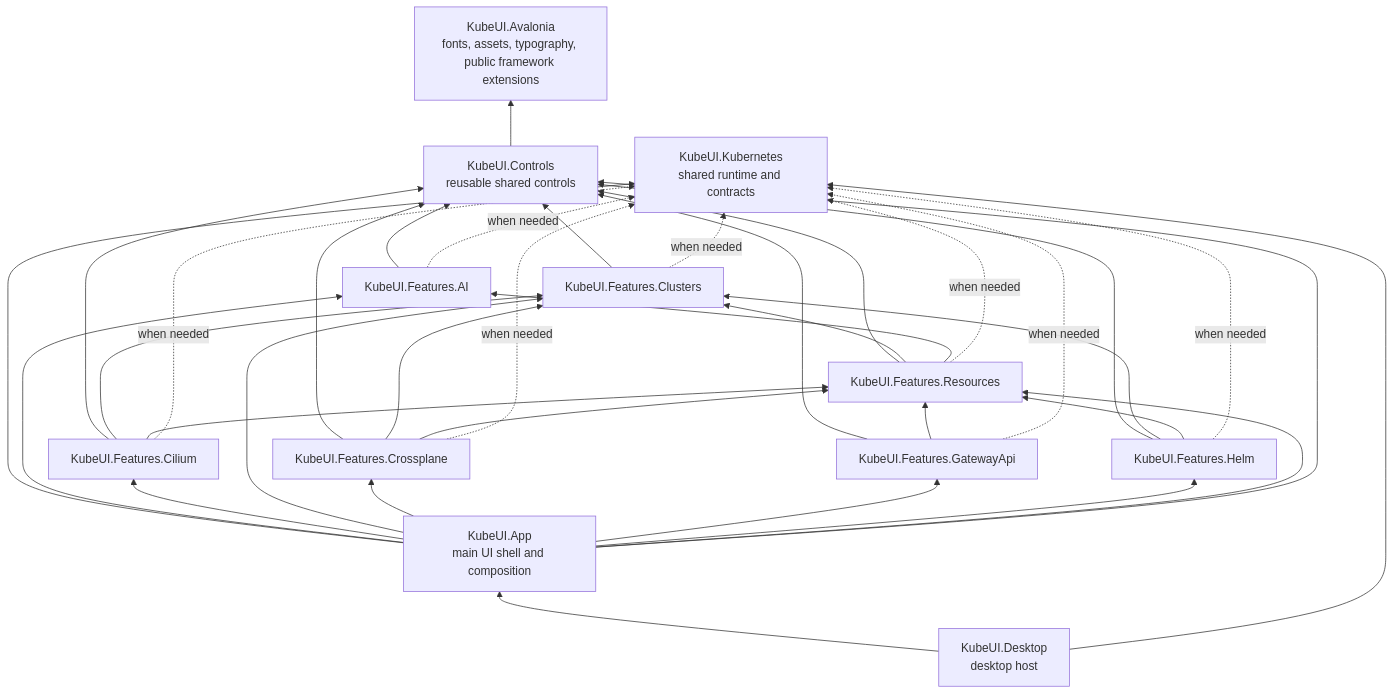
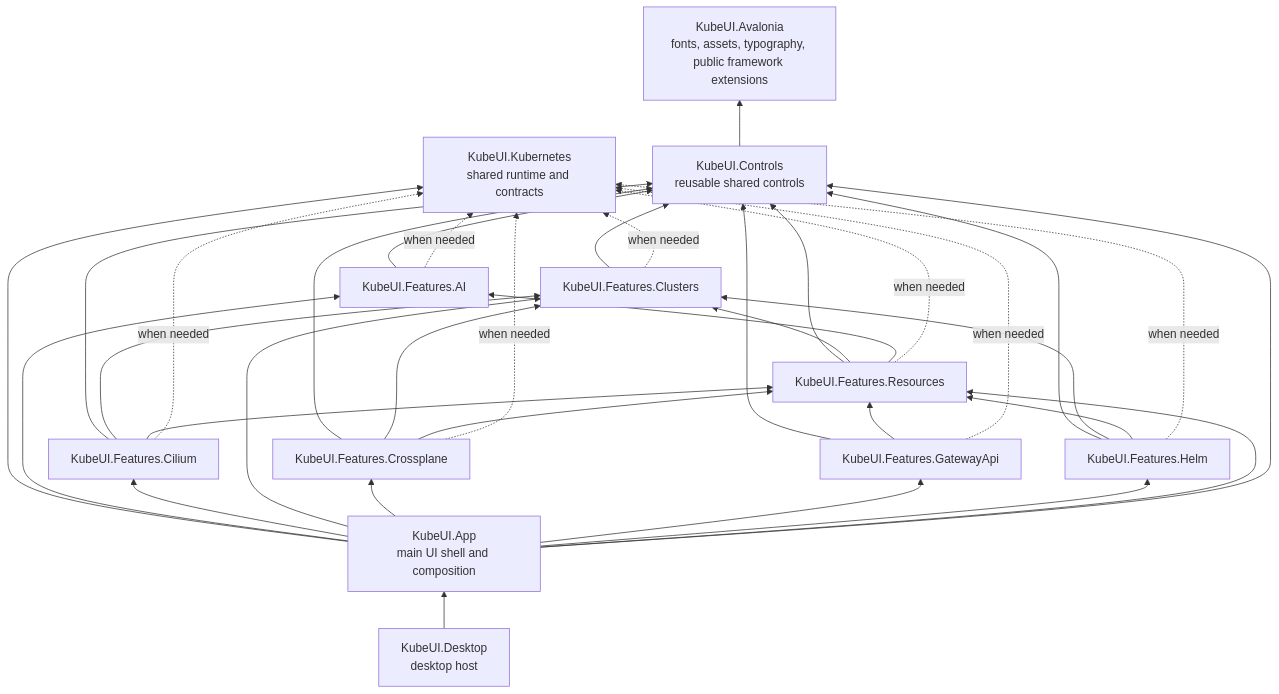
Before and after one commit to IvanJosipovic/KubeUI: the diagram in docs/architecture/avalonia-project-structure-plan.md, drawn with Mermaid. The commit also changed other lines of this file and 2 other files, not shown here.

````diff
--- a/docs/architecture/avalonia-project-structure-plan.md
+++ b/docs/architecture/avalonia-project-structure-plan.md
@@ -35,51 +35,50 @@
 ```mermaid
 flowchart BT
     Desktop["KubeUI.Desktop<br/>desktop host"]
     App["KubeUI.App<br/>main UI shell and composition"]
     Foundation["KubeUI.Avalonia<br/>fonts, assets, typography, public framework extensions"]
     Controls["KubeUI.Controls<br/>reusable shared controls"]
     AI["KubeUI.Features.AI"]
     Cilium["KubeUI.Features.Cilium"]
     Clusters["KubeUI.Features.Clusters"]
     Crossplane["KubeUI.Features.Crossplane"]
     GatewayApi["KubeUI.Features.GatewayApi"]
     Helm["KubeUI.Features.Helm"]
     Resources["KubeUI.Features.Resources"]
     Kubernetes["KubeUI.Kubernetes<br/>shared runtime and contracts"]
 
     Desktop --> App
-    Desktop --> Kubernetes
     App --> Kubernetes
     App --> AI
     App --> Cilium
     App --> Clusters
     App --> Crossplane
     App --> GatewayApi
     App --> Helm
     App --> Resources
     App --> Controls
     AI --> Controls
     Cilium --> Controls
     Cilium --> Clusters
     Cilium --> Resources
     Crossplane --> Controls
     Crossplane --> Clusters
     Crossplane --> Resources
     GatewayApi --> Controls
     GatewayApi --> Resources
     Helm --> Controls
     Helm --> Clusters
     Helm --> Resources
     Resources --> Controls
     Resources --> Clusters
     Resources --> AI
     Clusters --> Controls
     AI -.->|when needed| Kubernetes
     Cilium -.->|when needed| Kubernetes
     Clusters -.->|when needed| Kubernetes
     Crossplane -.->|when needed| Kubernetes
     GatewayApi -.->|when needed| Kubernetes
     Helm -.->|when needed| Kubernetes
     Resources -.->|when needed| Kubernetes
     Controls --> Foundation
 ```
````
